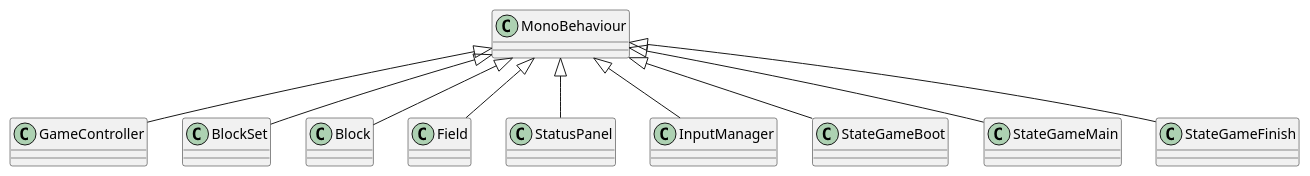
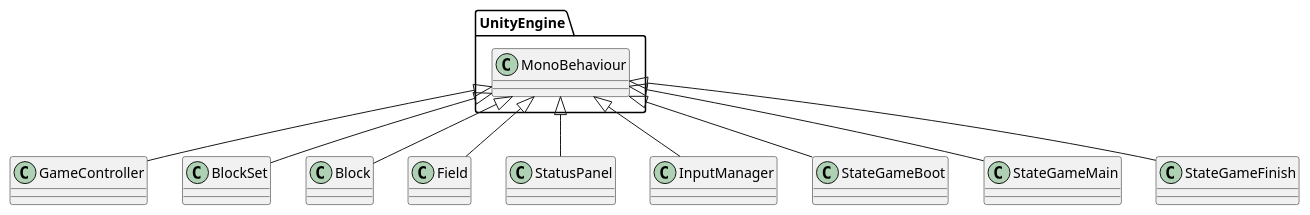
One commit to azarashin/UnityTetris changed the diagram in Documents/PlantUML/CD_MonoBehaviour.pu. Above: the diagram before and after it, drawn with PlantUML. The commit also changed 7 other files, not shown here.

Commit message:
設計図を更新・修正。

```diff
--- a/Documents/PlantUML/CD_MonoBehaviour.pu
+++ b/Documents/PlantUML/CD_MonoBehaviour.pu
@@ -1,13 +1,13 @@
 @startuml
 
-MonoBehaviour <|-- GameController
-MonoBehaviour <|-- BlockSet
-MonoBehaviour <|-- Block
-MonoBehaviour <|-- Field
-MonoBehaviour <|-- StatusPanel
-MonoBehaviour <|-- InputManager
+UnityEngine.MonoBehaviour <|-- GameController
+UnityEngine.MonoBehaviour <|-- BlockSet
+UnityEngine.MonoBehaviour <|-- Block
+UnityEngine.MonoBehaviour <|-- Field
+UnityEngine.MonoBehaviour <|-- StatusPanel
+UnityEngine.MonoBehaviour <|-- InputManager
 
-MonoBehaviour <|-- StateGameBoot
-MonoBehaviour <|-- StateGameMain
-MonoBehaviour <|-- StateGameFinish
+UnityEngine.MonoBehaviour <|-- StateGameBoot
+UnityEngine.MonoBehaviour <|-- StateGameMain
+UnityEngine.MonoBehaviour <|-- StateGameFinish
 @enduml
```
